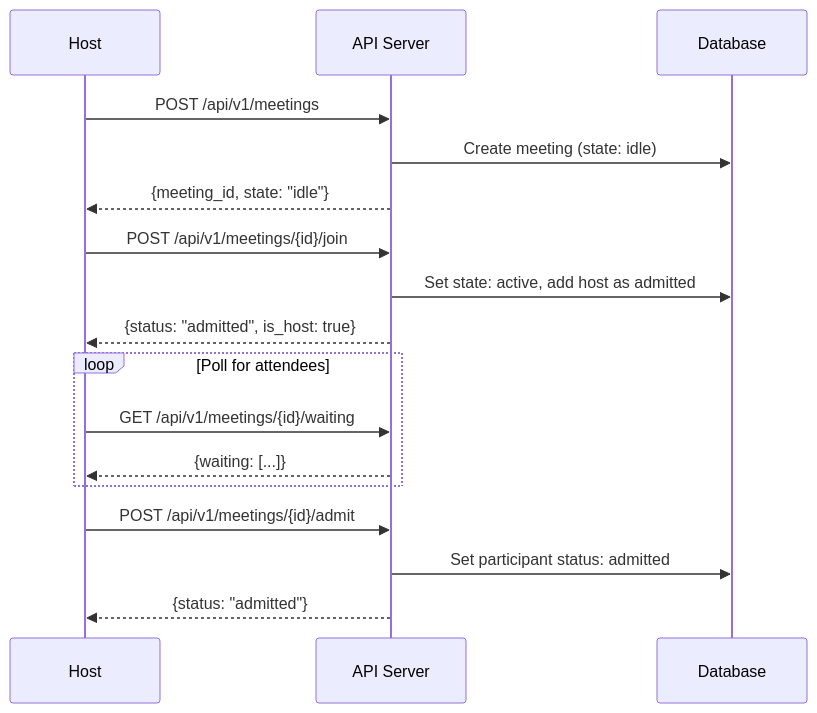
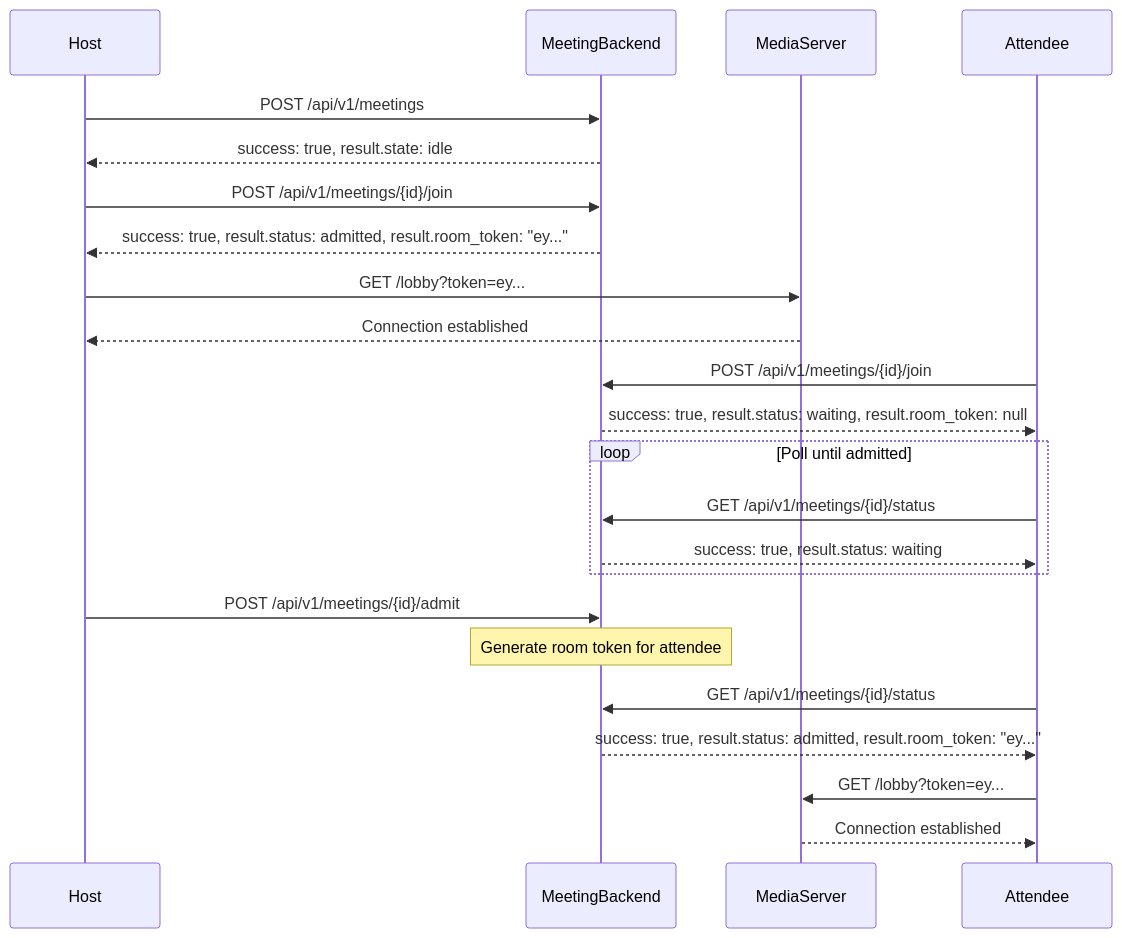
The second of 3 diagrams in docs/MEETING_API.md (security-union/videocall-rs), drawn with Mermaid before and after one commit. The commit also changed other lines of this file and 35 other files, not shown here.

````diff
--- a/docs/MEETING_API.md
+++ b/docs/MEETING_API.md
@@ -496,23 +739,33 @@
 ```mermaid
 sequenceDiagram
     participant H as Host
-    participant API as API Server
-    participant DB as Database
+    participant MB as MeetingBackend
+    participant MS as MediaServer
+    participant A as Attendee
 
-    H->>API: POST /api/v1/meetings
-    API->>DB: Create meeting (state: idle)
-    API-->>H: {meeting_id, state: "idle"}
+    H->>MB: POST /api/v1/meetings
+    MB-->>H: success: true, result.state: idle
 
-    H->>API: POST /api/v1/meetings/{id}/join
-    API->>DB: Set state: active, add host as admitted
-    API-->>H: {status: "admitted", is_host: true}
+    H->>MB: POST /api/v1/meetings/{id}/join
+    MB-->>H: success: true, result.status: admitted, result.room_token: "ey..."
 
-    loop Poll for attendees
-        H->>API: GET /api/v1/meetings/{id}/waiting
-        API-->>H: {waiting: [...]}
+    H->>MS: GET /lobby?token=ey...
+    MS-->>H: Connection established
+
+    A->>MB: POST /api/v1/meetings/{id}/join
+    MB-->>A: success: true, result.status: waiting, result.room_token: null
+
+    loop Poll until admitted
+        A->>MB: GET /api/v1/meetings/{id}/status
+        MB-->>A: success: true, result.status: waiting
     end
 
-    H->>API: POST /api/v1/meetings/{id}/admit
-    API->>DB: Set participant status: admitted
-    API-->>H: {status: "admitted"}
+    H->>MB: POST /api/v1/meetings/{id}/admit
+    Note over MB: Generate room token for attendee
+
+    A->>MB: GET /api/v1/meetings/{id}/status
+    MB-->>A: success: true, result.status: admitted, result.room_token: "ey..."
+
+    A->>MS: GET /lobby?token=ey...
+    MS-->>A: Connection established
 ```
````
